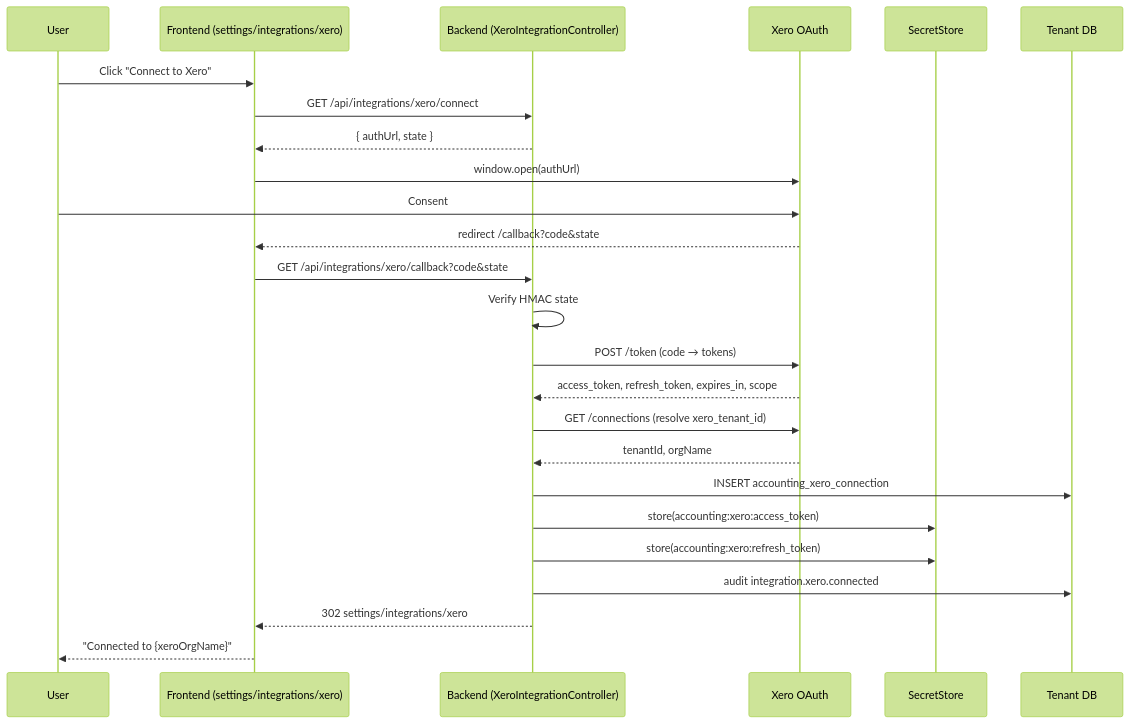
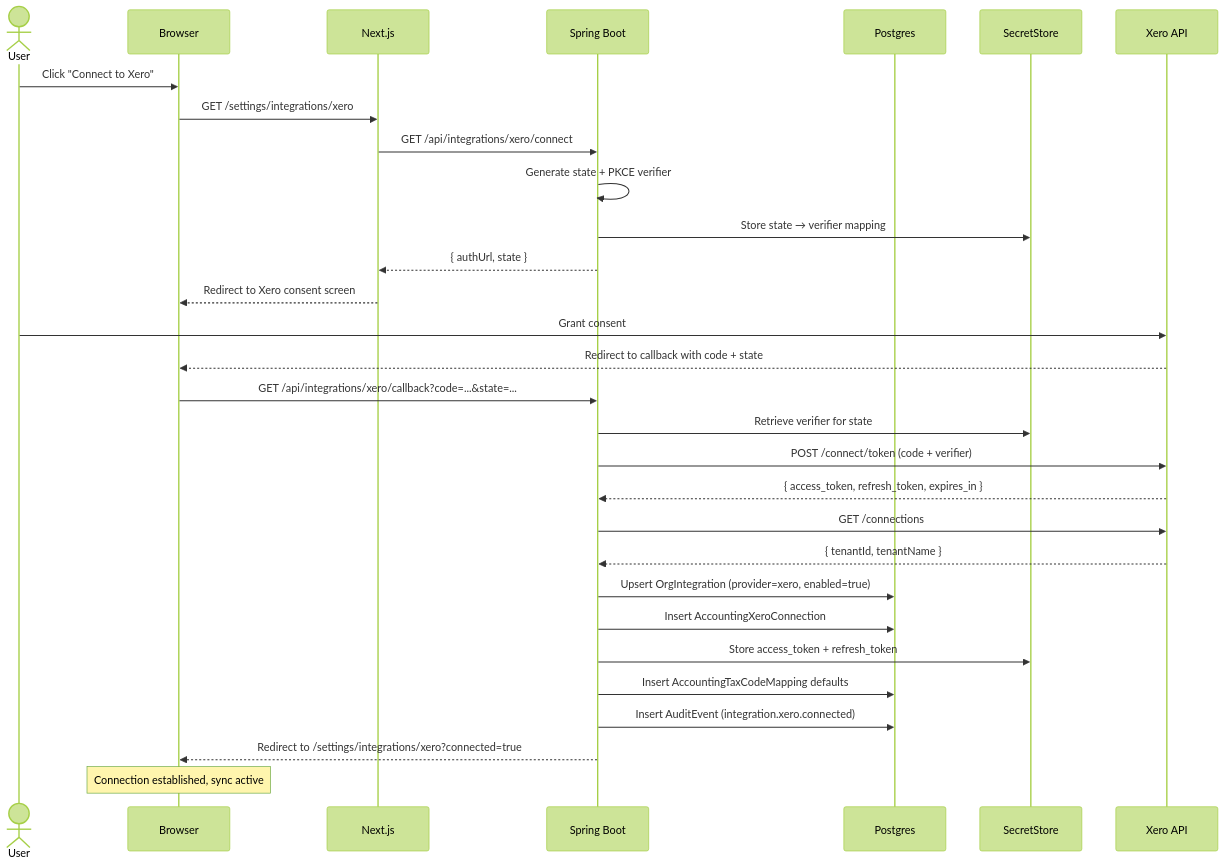
The second of 5 diagrams in architecture/phase71-xero-accounting-integration.md (rakheen-dama/b2b-strawman), drawn with Mermaid (forest theme) before and after one commit. The commit also changed other lines of this file and 25 other files, not shown here.

Commit message:
architecture

````diff
--- a/architecture/phase71-xero-accounting-integration.md
+++ b/architecture/phase71-xero-accounting-integration.md
@@ -587,28 +586,36 @@
 ```mermaid
 sequenceDiagram
-    participant User
-    participant FE as Frontend (settings/integrations/xero)
-    participant BE as Backend (XeroIntegrationController)
-    participant Xero as Xero OAuth
-    participant SS as SecretStore
-    participant DB as Tenant DB
+    actor User
+    participant Browser
+    participant NextJS as Next.js
+    participant Spring as Spring Boot
+    participant DB as Postgres
+    participant SecretStore
+    participant Xero as Xero API
 
-    User->>FE: Click "Connect to Xero"
-    FE->>BE: GET /api/integrations/xero/connect
-    BE-->>FE: { authUrl, state }
-    FE->>Xero: window.open(authUrl)
-    User->>Xero: Consent
-    Xero-->>FE: redirect /callback?code&state
-    FE->>BE: GET /api/integrations/xero/callback?code&state
-    BE->>BE: Verify HMAC state
-    BE->>Xero: POST /token (code → tokens)
-    Xero-->>BE: access_token, refresh_token, expires_in, scope
-    BE->>Xero: GET /connections (resolve xero_tenant_id)
-    Xero-->>BE: tenantId, orgName
-    BE->>DB: INSERT accounting_xero_connection
-    BE->>SS: store(accounting:xero:access_token)
-    BE->>SS: store(accounting:xero:refresh_token)
-    BE->>DB: audit integration.xero.connected
-    BE-->>FE: 302 settings/integrations/xero
-    FE-->>User: "Connected to {xeroOrgName}"
+    User->>Browser: Click "Connect to Xero"
+    Browser->>NextJS: GET /settings/integrations/xero
+    NextJS->>Spring: GET /api/integrations/xero/connect
+    Spring->>Spring: Generate state + PKCE verifier
+    Spring->>SecretStore: Store state → verifier mapping
+    Spring-->>NextJS: { authUrl, state }
+    NextJS-->>Browser: Redirect to Xero consent screen
+
+    User->>Xero: Grant consent
+    Xero-->>Browser: Redirect to callback with code + state
+
+    Browser->>Spring: GET /api/integrations/xero/callback?code=...&state=...
+    Spring->>SecretStore: Retrieve verifier for state
+    Spring->>Xero: POST /connect/token (code + verifier)
+    Xero-->>Spring: { access_token, refresh_token, expires_in }
+    Spring->>Xero: GET /connections
+    Xero-->>Spring: { tenantId, tenantName }
+    Spring->>DB: Upsert OrgIntegration (provider=xero, enabled=true)
+    Spring->>DB: Insert AccountingXeroConnection
+    Spring->>SecretStore: Store access_token + refresh_token
+    Spring->>DB: Insert AccountingTaxCodeMapping defaults
+    Spring->>DB: Insert AuditEvent (integration.xero.connected)
+    Spring-->>Browser: Redirect to /settings/integrations/xero?connected=true
+
+    Note over Browser: Connection established, sync active
 ```
````
